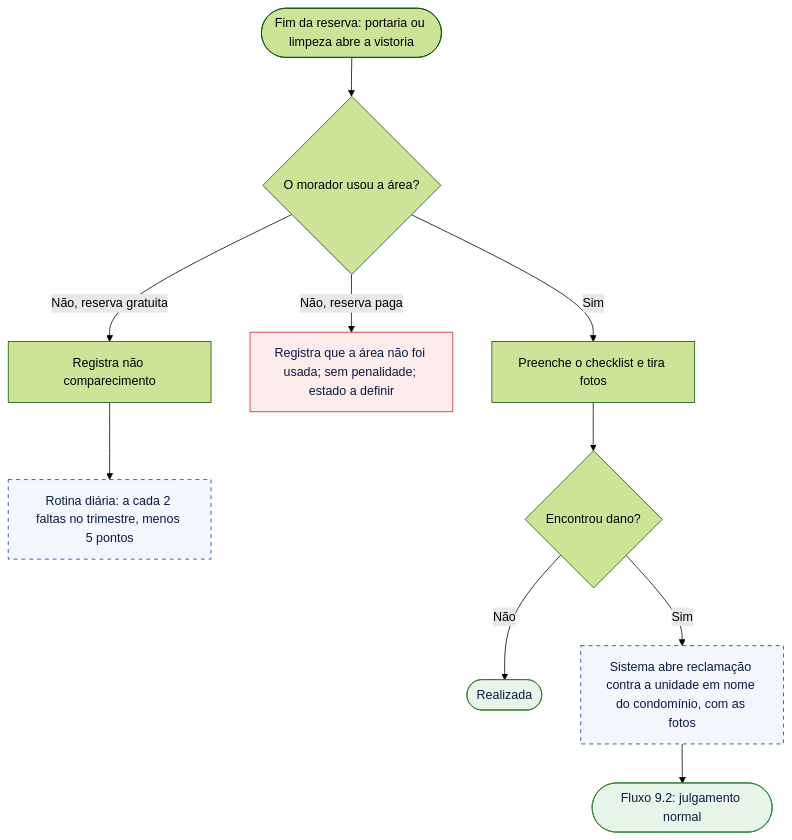
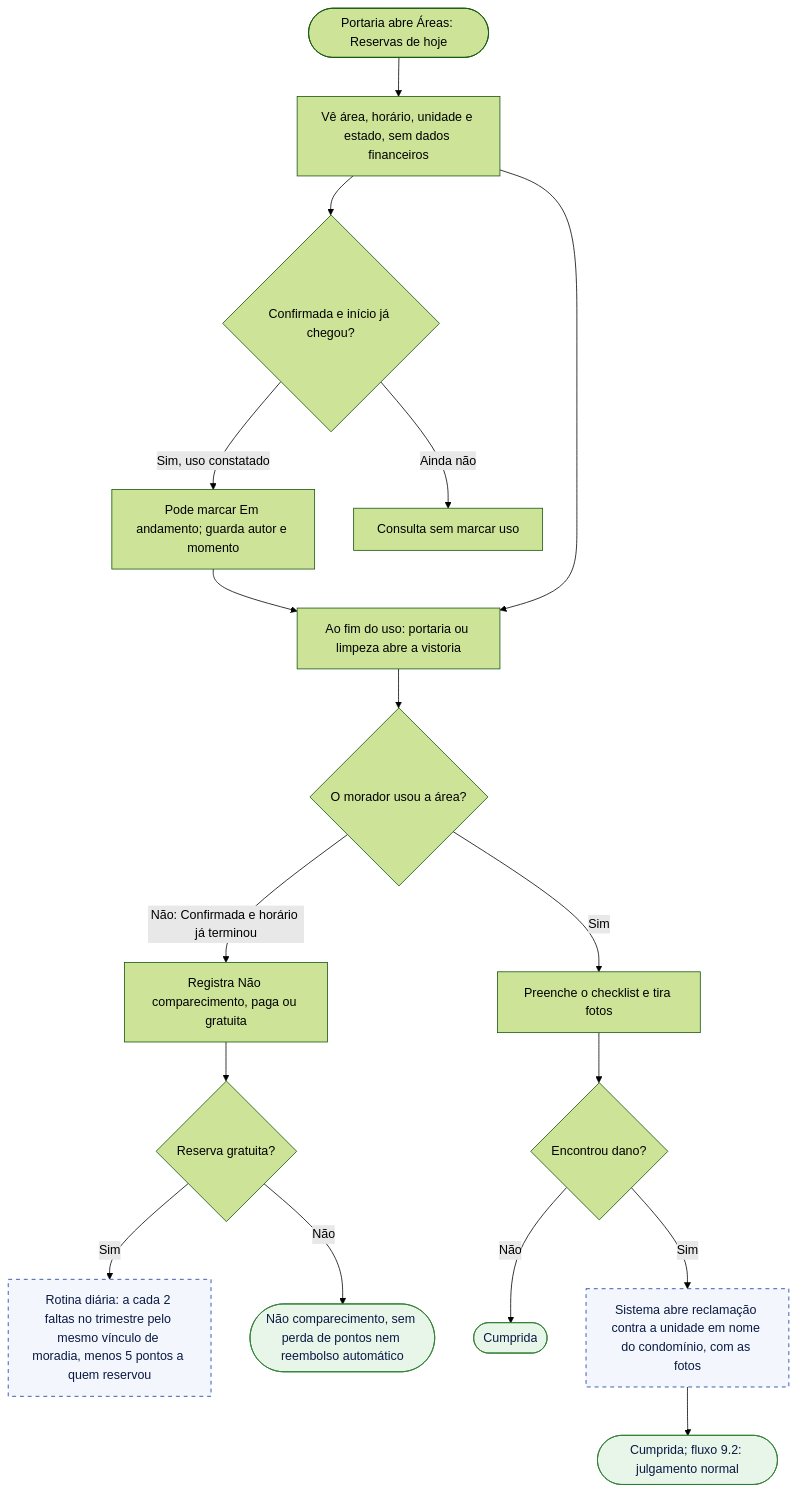
Before and after one commit to pedrolems/CondomiFacil: the tenth of 31 diagrams in docs/02-design/02-user-flows.md, drawn with Mermaid (forest theme). The commit also changed other lines of this file and 16 other files, not shown here.

First line of the commit message:
MER/DER do banco, score por unidade, reservas do dia e conclusão offline

````diff
--- a/docs/02-design/02-user-flows.md
+++ b/docs/02-design/02-user-flows.md
@@ -457,18 +457,24 @@
 ```mermaid
 flowchart TD
-    A(["Fim da reserva: portaria ou limpeza abre a vistoria"]) --> B{"O morador usou a área?"}
-    B -->|"Não, reserva gratuita"| C["Registra não comparecimento"]
-    B -->|"Não, reserva paga"| P["Registra que a área não foi usada; sem penalidade; estado a definir"]
-    C --> S1["Rotina diária: a cada 2 faltas no trimestre, menos 5 pontos"]
+    A(["Portaria abre Áreas: Reservas de hoje"]) --> H["Vê área, horário, unidade e estado, sem dados financeiros"]
+    H --> I{"Confirmada e início já chegou?"}
+    I -->|"Sim, uso constatado"| J["Pode marcar Em andamento; guarda autor e momento"]
+    I -->|"Ainda não"| K["Consulta sem marcar uso"]
+    J --> V["Ao fim do uso: portaria ou limpeza abre a vistoria"]
+    H --> V
+    V --> B{"O morador usou a área?"}
+    B -->|"Não: Confirmada e horário já terminou"| C["Registra Não comparecimento, paga ou gratuita"]
+    C --> P{"Reserva gratuita?"}
+    P -->|"Sim"| S1["Rotina diária: a cada 2 faltas no trimestre pelo mesmo vínculo de moradia, menos 5 pontos a quem reservou"]
+    P -->|"Não"| Z3(["Não comparecimento, sem perda de pontos nem reembolso automático"])
     B -->|"Sim"| D["Preenche o checklist e tira fotos"]
     D --> E{"Encontrou dano?"}
-    E -->|"Não"| Z1(["Realizada"])
+    E -->|"Não"| Z1(["Cumprida"])
     E -->|"Sim"| F["Sistema abre reclamação contra a unidade em nome do condomínio, com as fotos"]
-    F --> Z2(["Fluxo 9.2: julgamento normal"])
+    F --> Z2(["Cumprida; fluxo 9.2: julgamento normal"])
     classDef ok fill:#E8F5E9,stroke:#2E7D32,color:#0B1A44
     classDef erro fill:#FDECEC,stroke:#C62828,color:#0B1A44
     classDef sis fill:#F3F6FC,stroke:#0E359D,stroke-dasharray:5 5,color:#0B1A44
-    class Z1,Z2 ok
-    class P erro
+    class Z1,Z2,Z3 ok
     class S1,F sis
 ```
````
